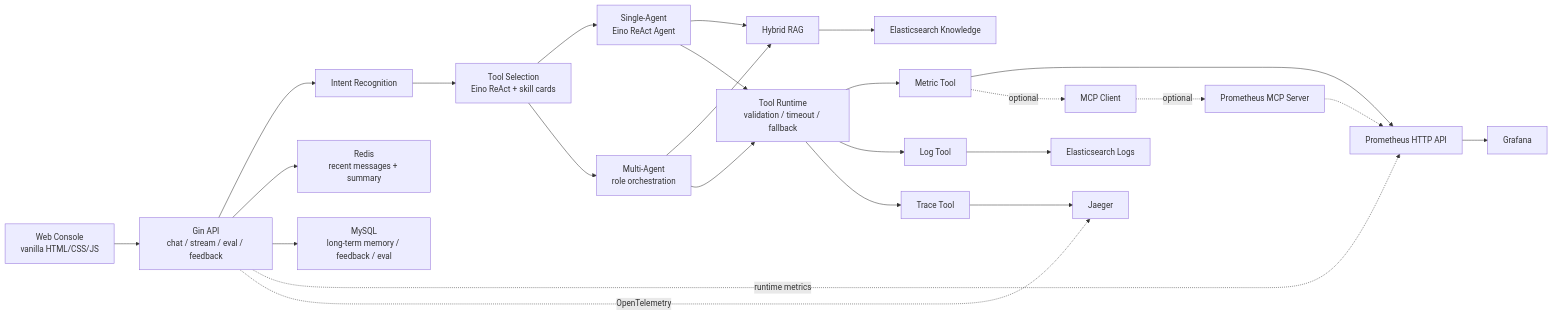
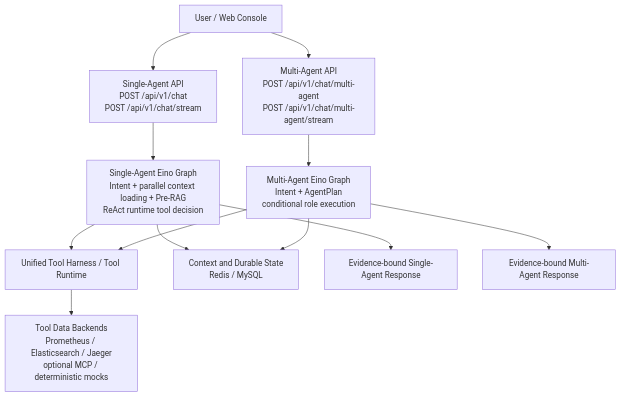
The first of 9 diagrams in README.md (jiawei-wang-dev/WatchOps-Lite), drawn with Mermaid before and after one commit. The commit also changed other lines of this file and 1 other file, not shown here.

````diff
--- a/README.md
+++ b/README.md
@@ -54,36 +54,21 @@
 ```mermaid
-flowchart LR
-    UI["Web Console\nvanilla HTML/CSS/JS"] --> API["Gin API\nchat / stream / eval / feedback"]
-    API --> INTENT["Intent Recognition"]
-    INTENT --> SELECT["Tool Selection\nEino ReAct + skill cards"]
+flowchart TB
+    U["User / Web Console"]
 
-    SELECT --> SA["Single-Agent\nEino ReAct Agent"]
-    SELECT --> MA["Multi-Agent\nrole orchestration"]
+    U --> SAAPI["Single-Agent API<br/>POST /api/v1/chat<br/>POST /api/v1/chat/stream"]
+    U --> MAAPI["Multi-Agent API<br/>POST /api/v1/chat/multi-agent<br/>POST /api/v1/chat/multi-agent/stream"]
 
-    SA --> RAG["Hybrid RAG"]
-    MA --> RAG
+    SAAPI --> SA["Single-Agent Eino Graph<br/>Intent + parallel context loading + Pre-RAG<br/>ReAct runtime tool decision"]
+    MAAPI --> MA["Multi-Agent Eino Graph<br/>Intent + AgentPlan<br/>conditional role execution"]
 
-    SA --> TOOL["Tool Runtime\nvalidation / timeout / fallback"]
-    MA --> TOOL
+    SA --> TH["Unified Tool Harness / Tool Runtime"]
+    MA --> TH
 
-    TOOL --> METRIC["Metric Tool"]
-    METRIC --> PROM["Prometheus HTTP API"]
-    METRIC -. optional .-> MCP["MCP Client"]
-    MCP -. optional .-> MCPPROM["Prometheus MCP Server"]
-    MCPPROM -.-> PROM
+    TH --> DATA["Tool Data Backends<br/>Prometheus / Elasticsearch / Jaeger<br/>optional MCP / deterministic mocks"]
 
-    TOOL --> LOGS["Log Tool"]
-    LOGS --> ESLOG["Elasticsearch Logs"]
+    SA --> MEMORY["Context and Durable State<br/>Redis / MySQL"]
+    MA --> MEMORY
 
-    TOOL --> TRACES["Trace Tool"]
-    TRACES --> JAEGER["Jaeger"]
-
-    RAG --> ESKB["Elasticsearch Knowledge"]
-
-    API --> REDIS["Redis\nrecent messages + summary"]
-    API --> MYSQL["MySQL\nlong-term memory / feedback / eval"]
-
-    API -. runtime metrics .-> PROM
-    PROM --> GRAFANA["Grafana"]
-    API -. OpenTelemetry .-> JAEGER
+    SA --> SAR["Evidence-bound Single-Agent Response"]
+    MA --> MAR["Evidence-bound Multi-Agent Response"]
 ```
````
